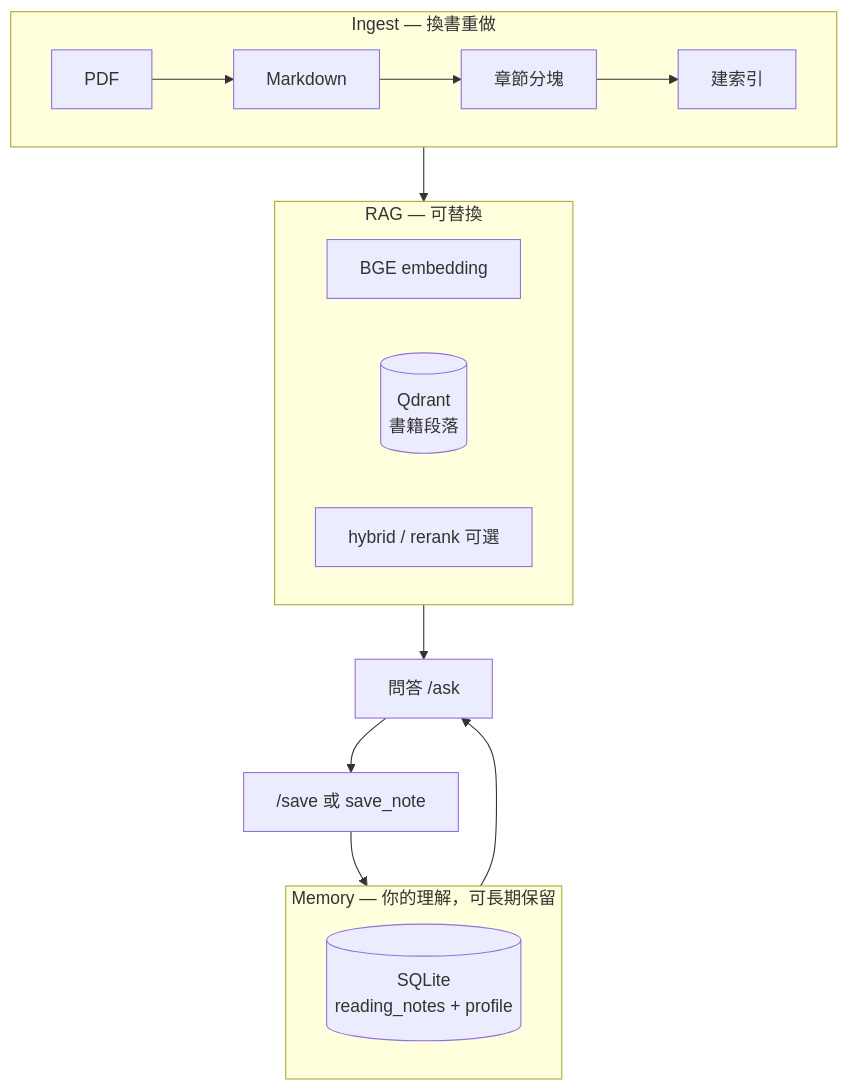
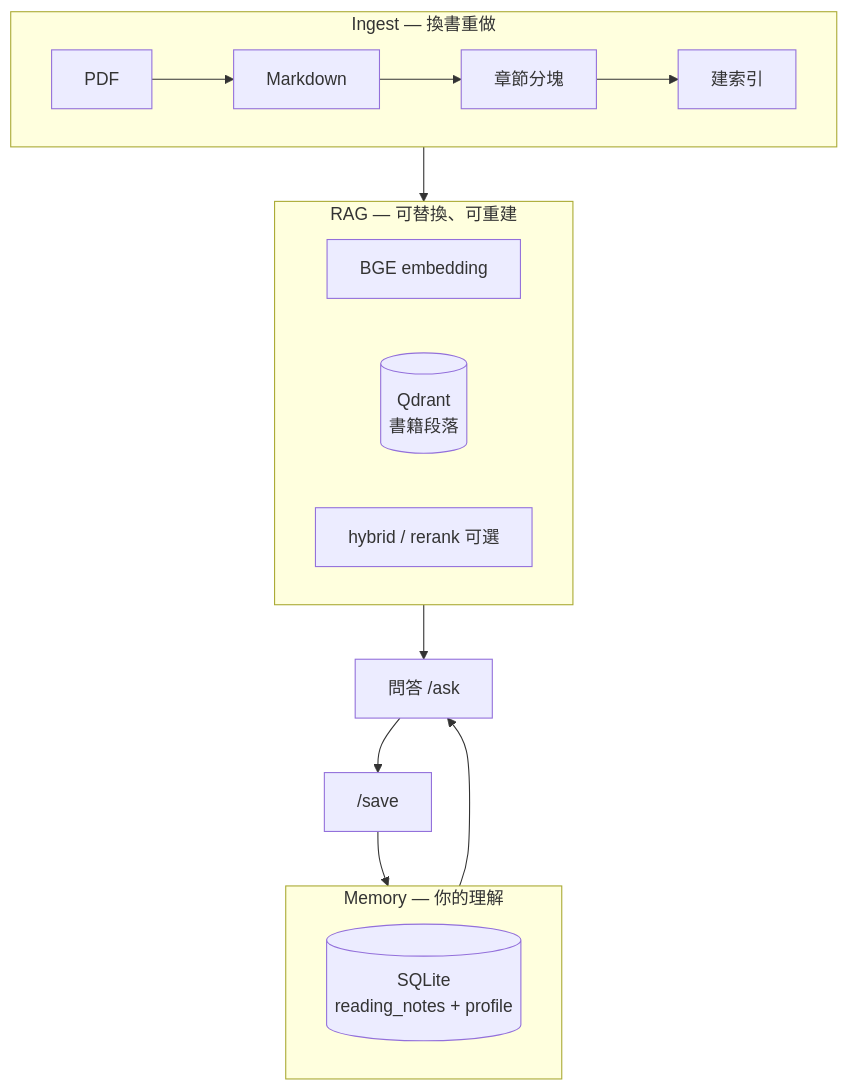
The diagram in ARCHITECTURE.md (yu2C/book-spirit), drawn with Mermaid before and after one commit. The commit also changed other lines of this file and 23 other files, not shown here.

````diff
--- a/ARCHITECTURE.md
+++ b/ARCHITECTURE.md
@@ -34,24 +17,24 @@
 ```mermaid
 flowchart TB
-    subgraph memory [Memory — 你的理解，可長期保留]
+    subgraph memory [Memory — 你的理解]
         SQLite[(SQLite\nreading_notes + profile)]
     end
 
-    subgraph rag [RAG — 可替換]
+    subgraph rag [RAG — 可替換、可重建]
         BGE[BGE embedding]
         Qdrant[(Qdrant\n書籍段落)]
         Hybrid[hybrid / rerank 可選]
     end
 
     subgraph ingest [Ingest — 換書重做]
         PDF[PDF] --> MD[Markdown]
         MD --> Chunk[章節分塊]
         Chunk --> Index[建索引]
     end
 
     ingest --> rag
     memory --> Chat[問答 /ask]
     rag --> Chat
-    Chat --> Save["/save 或 save_note"]
+    Chat --> Save["/save"]
     Save --> memory
 ```
````
